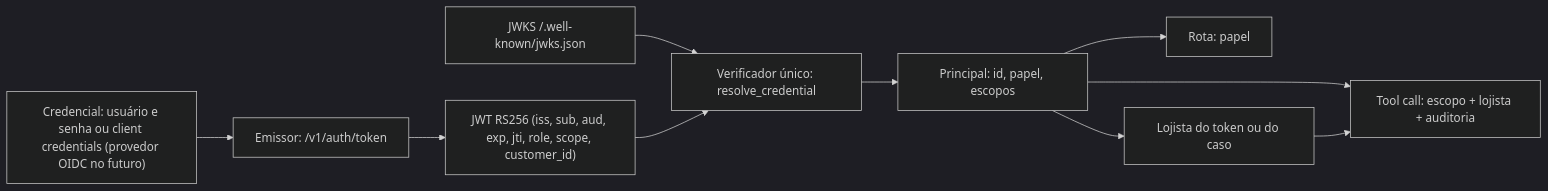
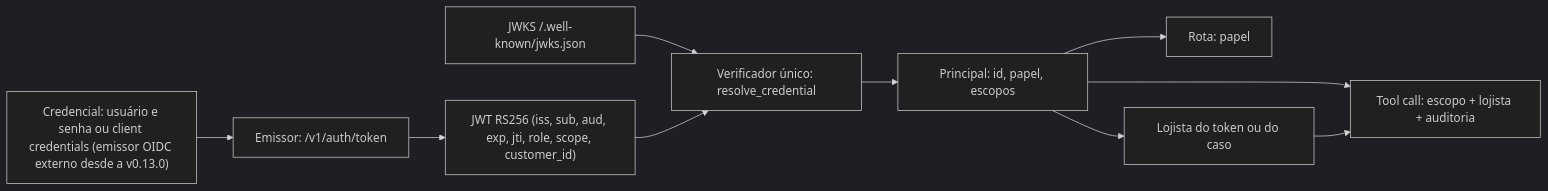
One commit to lauroPereira/ai-getnet-case changed the diagram in docs/architecture/decisions/0017-identidade-principal-escopos.md. Above: the diagram before and after it, drawn with Mermaid (dark theme). The commit also changed other lines of this file and 60 other files, not shown here.

````diff
--- a/docs/architecture/decisions/0017-identidade-principal-escopos.md
+++ b/docs/architecture/decisions/0017-identidade-principal-escopos.md
@@ -25,12 +25,12 @@
 ```mermaid
 flowchart LR
-    C["Credencial: usuário e senha ou client credentials (provedor OIDC no futuro)"] --> E["Emissor: /v1/auth/token"]
+    C["Credencial: usuário e senha ou client credentials (emissor OIDC externo desde a v0.13.0)"] --> E["Emissor: /v1/auth/token"]
     E --> J["JWT RS256 (iss, sub, aud, exp, jti, role, scope, customer_id)"]
     K["JWKS /.well-known/jwks.json"] --> V
     J --> V["Verificador único: resolve_credential"]
     V --> P["Principal: id, papel, escopos"]
     P --> R["Rota: papel"]
     P --> T["Tool call: escopo + lojista + auditoria"]
     P --> L["Lojista do token ou do caso"]
     L --> T
 ```
````
